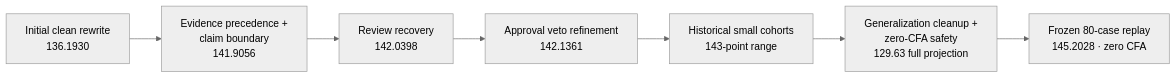
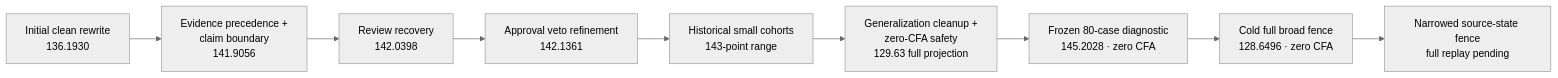
The fourth of 4 diagrams in MEMO.md (midasavocado/mib-doc-challenge-solution), drawn with Mermaid (neutral theme) before and after one commit. The commit also changed other lines of this file and 3 other files, not shown here.

````diff
--- a/MEMO.md
+++ b/MEMO.md
@@ -406,10 +431,12 @@
 ```mermaid
 flowchart LR
     A["Initial clean rewrite<br/>136.1930"] -->
     B["Evidence precedence +<br/>claim boundary<br/>141.9056"] -->
     C["Review recovery<br/>142.0398"] -->
     D["Approval veto refinement<br/>142.1361"] -->
     E["Historical small cohorts<br/>143-point range"] -->
     F["Generalization cleanup +<br/>zero-CFA safety<br/>129.63 full projection"] -->
-    G["Frozen 80-case replay<br/>145.2028 · zero CFA"]
+    G["Frozen 80-case diagnostic<br/>145.2028 · zero CFA"] -->
+    H["Cold full broad fence<br/>128.6496 · zero CFA"] -->
+    I["Narrowed source-state fence<br/>full replay pending"]
 ```
````
